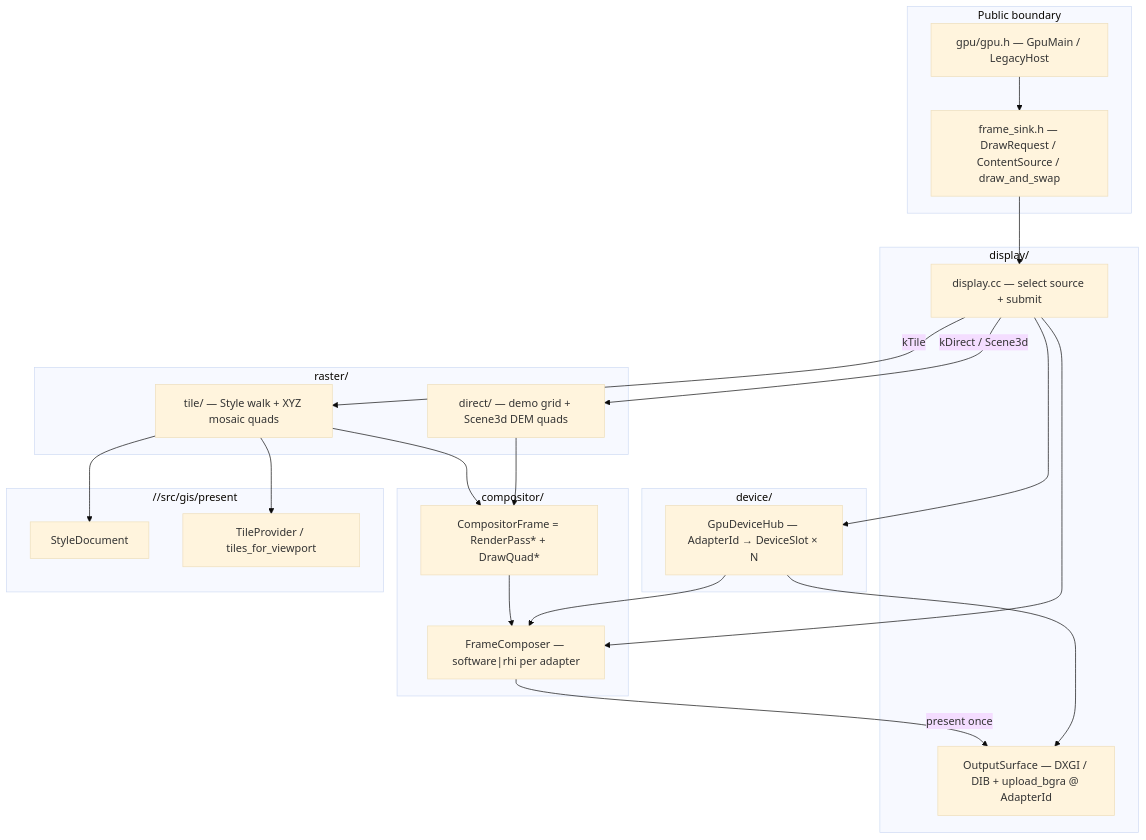
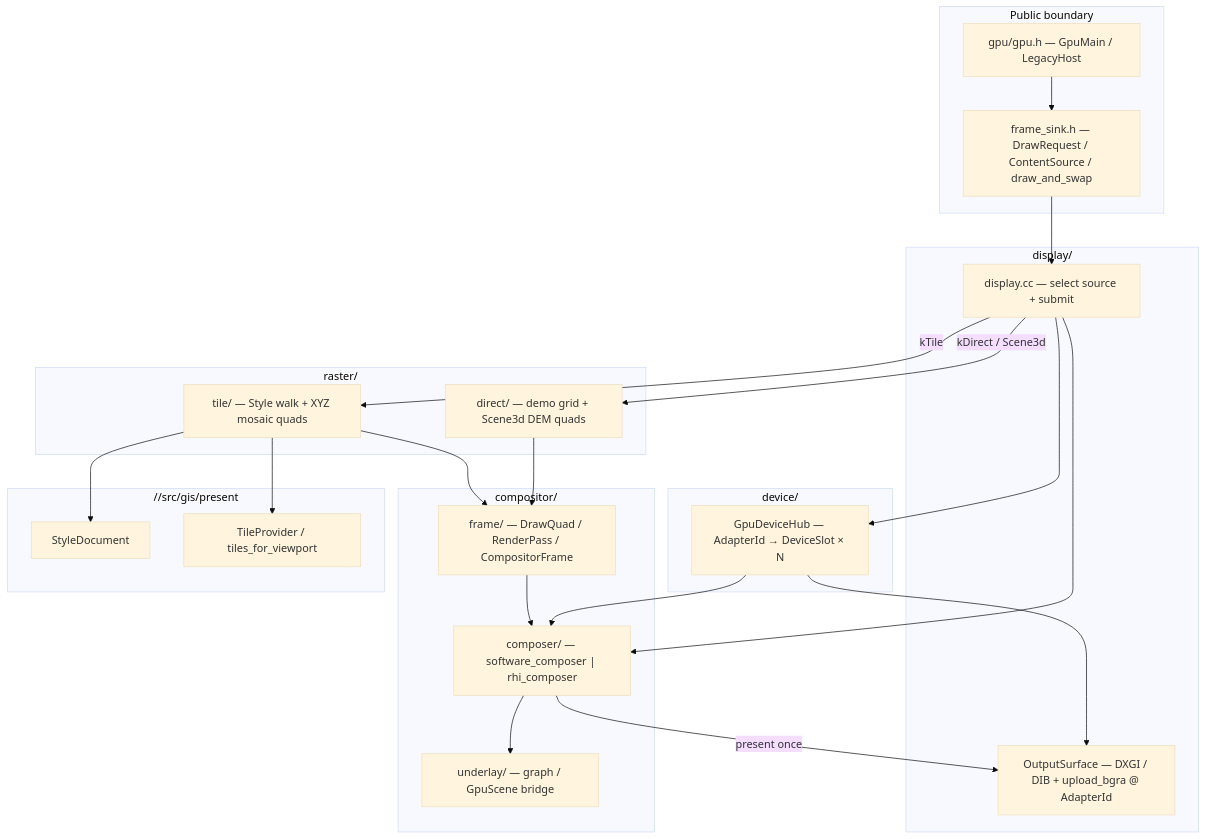
Before and after one commit to jsccl1988/smartgis: the first of 5 diagrams in src/gpu/README.md, drawn with Mermaid (base theme). The commit also changed other lines of this file and 1182 other files, not shown here.

````diff
--- a/src/gpu/README.md
+++ b/src/gpu/README.md
@@ -44,46 +44,48 @@
 ```mermaid
 flowchart TB
   subgraph Boundary["Public boundary"]
     GpuH["gpu/gpu.h — GpuMain / LegacyHost"]
     FS["frame_sink.h — DrawRequest / ContentSource / draw_and_swap"]
   end
 
   subgraph Display["display/"]
     Disp["display.cc — select source + submit"]
     OS["OutputSurface — DXGI / DIB + upload_bgra @ AdapterId"]
   end
 
   subgraph Device["device/"]
     Hub["GpuDeviceHub — AdapterId → DeviceSlot × N"]
   end
 
   subgraph Raster["raster/"]
     Direct["direct/ — demo grid + Scene3d DEM quads"]
     Tile["tile/ — Style walk + XYZ mosaic quads"]
   end
 
   subgraph Comp["compositor/"]
-    CF["CompositorFrame = RenderPass* + DrawQuad*"]
-    FC["FrameComposer — software|rhi per adapter"]
+    Frame["frame/ — DrawQuad / RenderPass / CompositorFrame"]
+    CompSR["composer/ — software_composer | rhi_composer"]
+    Under["underlay/ — graph / GpuScene bridge"]
   end
 
   subgraph GIS["//src/gis/present"]
     Style["StyleDocument"]
     TP["TileProvider / tiles_for_viewport"]
   end
 
   GpuH --> FS
   FS --> Disp
   Disp --> Hub
   Hub --> OS
   Disp -->|kDirect / Scene3d| Direct
   Disp -->|kTile| Tile
   Tile --> Style
   Tile --> TP
-  Direct --> CF
-  Tile --> CF
-  Disp --> FC
-  Hub --> FC
-  CF --> FC
-  FC -->|present once| OS
+  Direct --> Frame
+  Tile --> Frame
+  Disp --> CompSR
+  Hub --> CompSR
+  Frame --> CompSR
+  CompSR --> Under
+  CompSR -->|present once| OS
 ```
````
